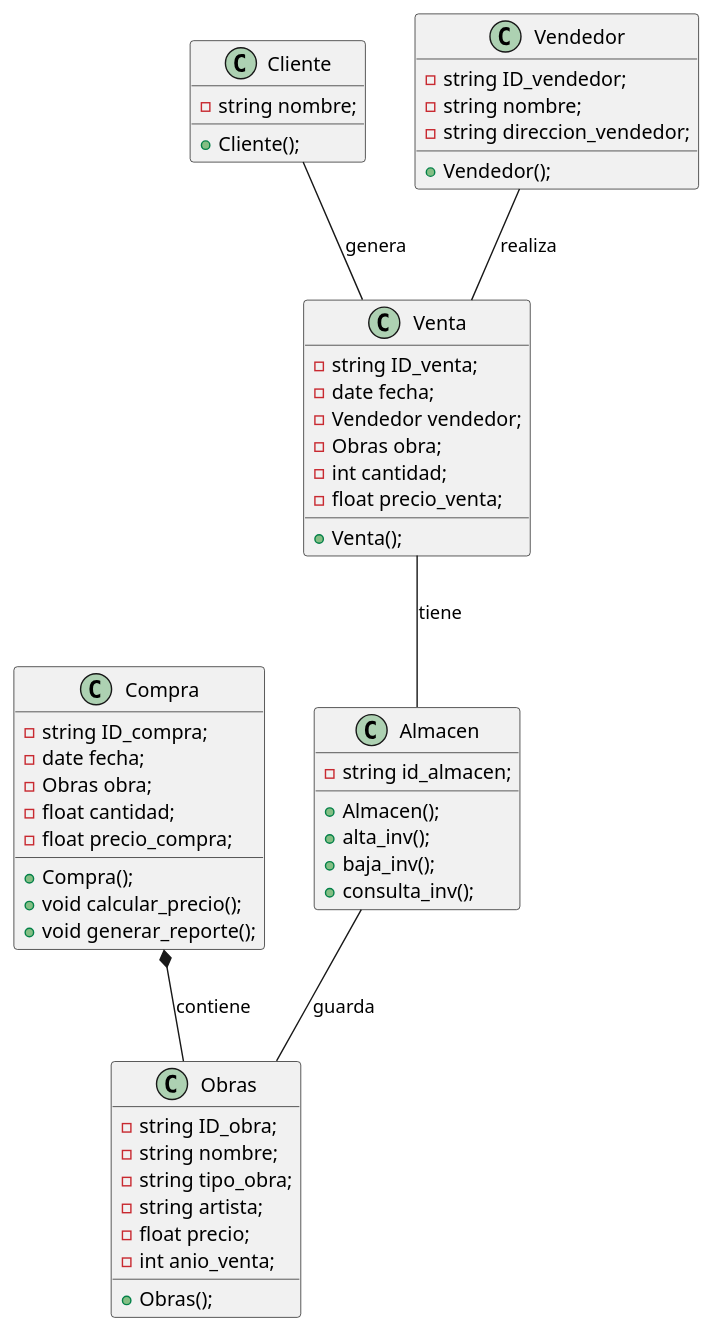
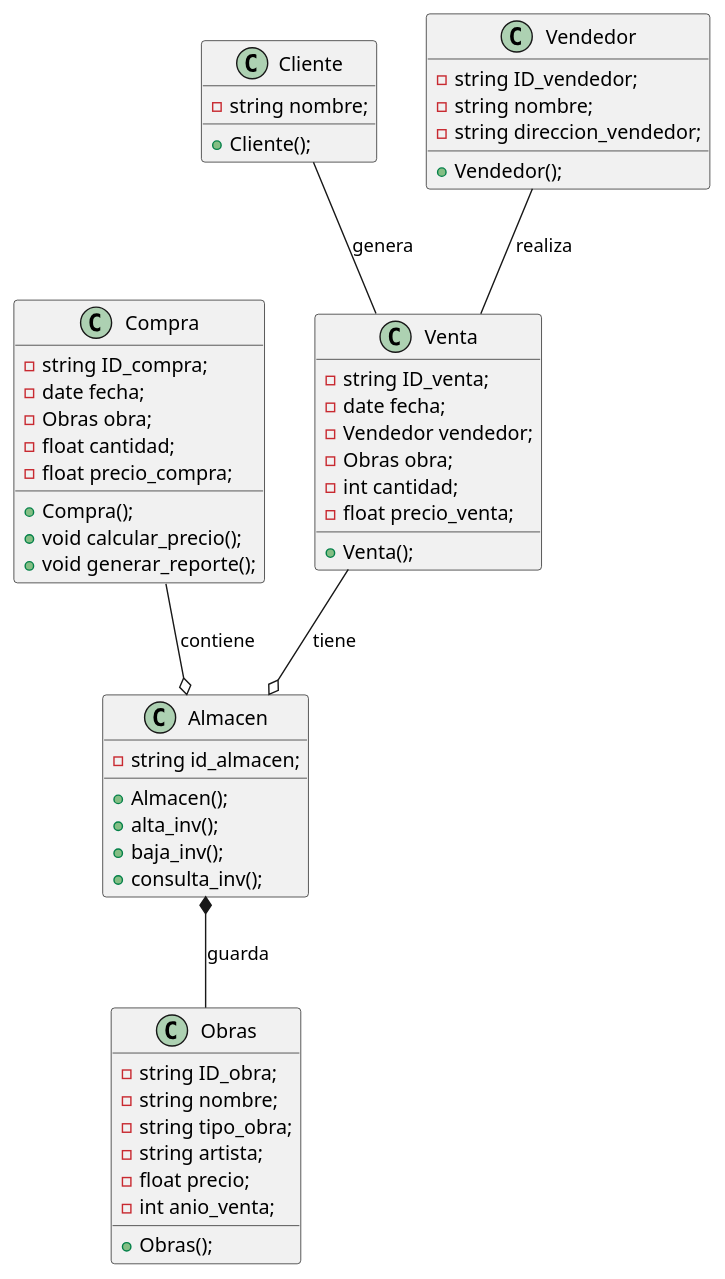
Before and after one commit to danflovier/am.software: the diagram in Actividades/Osbert/A01023226_act_diag_clases.puml, drawn with PlantUML.

```diff
--- a/Actividades/Osbert/A01023226_act_diag_clases.puml
+++ b/Actividades/Osbert/A01023226_act_diag_clases.puml
@@ -5,64 +5,64 @@
 @startuml
   Class Compra{
     -string ID_compra;
     -date fecha;
     -Obras obra;
     -float cantidad;
     -float precio_compra;
 
     +Compra();
     +void calcular_precio();
     +void generar_reporte();
   }
 
   Class Cliente{
     -string nombre;
 
     +Cliente();
   }
 
   Class Venta{
     -string ID_venta;
     -date fecha;
     -Vendedor vendedor;
     -Obras obra;
     -int cantidad;
     -float precio_venta;
 
     +Venta();
   }
 
   Class Vendedor{
     -string ID_vendedor;
     -string nombre;
     -string direccion_vendedor;
 
     +Vendedor();
   }
 
   Class Obras{
     -string ID_obra;
     -string nombre;
     -string tipo_obra;
     -string artista;
     -float precio;
     -int anio_venta;
 
     +Obras();
   }
 
   Class Almacen{
     -string id_almacen;
 
     +Almacen();
     +alta_inv();
     +baja_inv();
     +consulta_inv();
   }
 
-  Almacen -- Obras : guarda
-  Compra *-- Obras : contiene
-  Venta -- Almacen : tiene
+  Almacen *-- Obras : guarda
+  Compra --o Almacen : contiene
+  Venta --o Almacen : tiene
   Vendedor -- Venta : realiza
   Cliente -- Venta : genera
 @enduml
```
